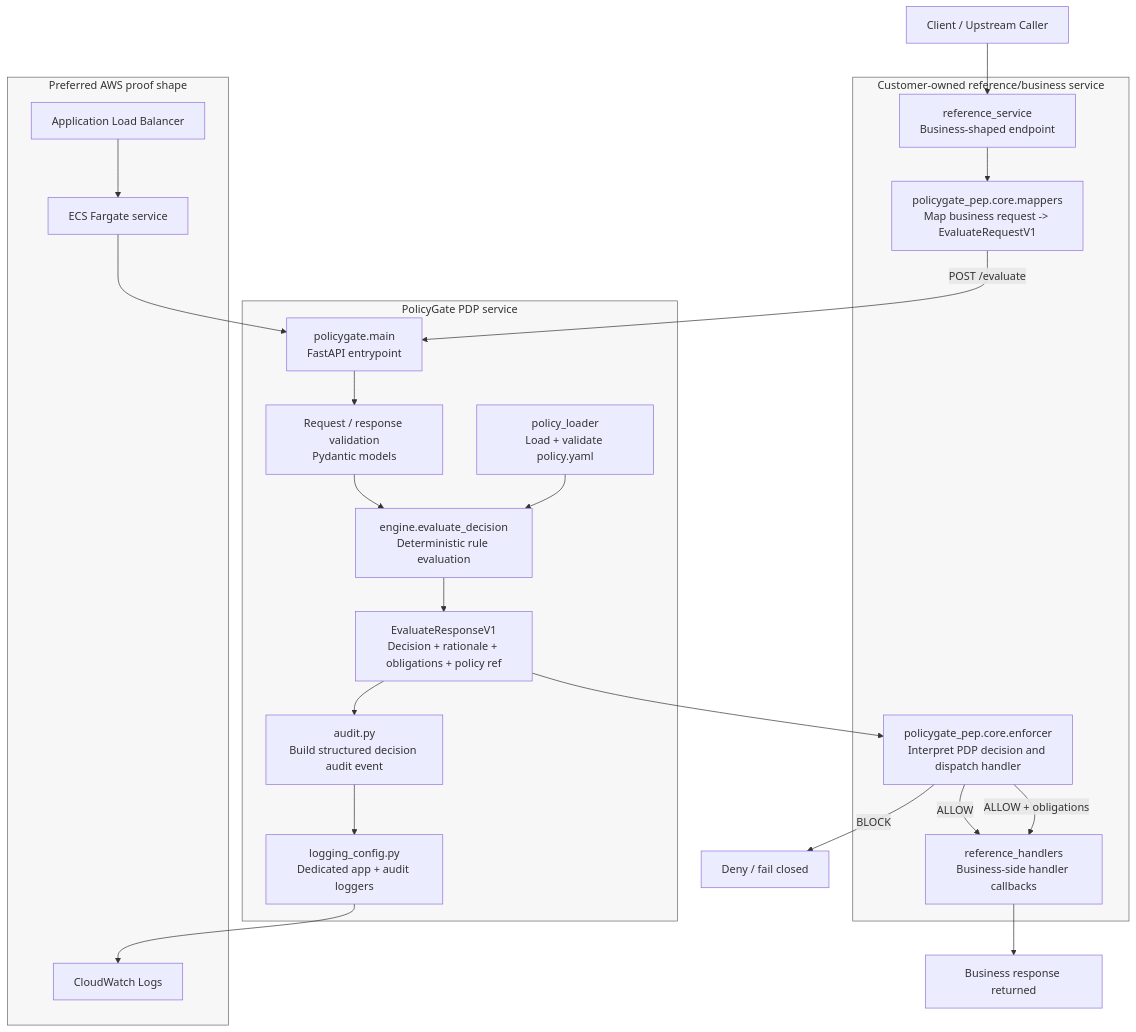
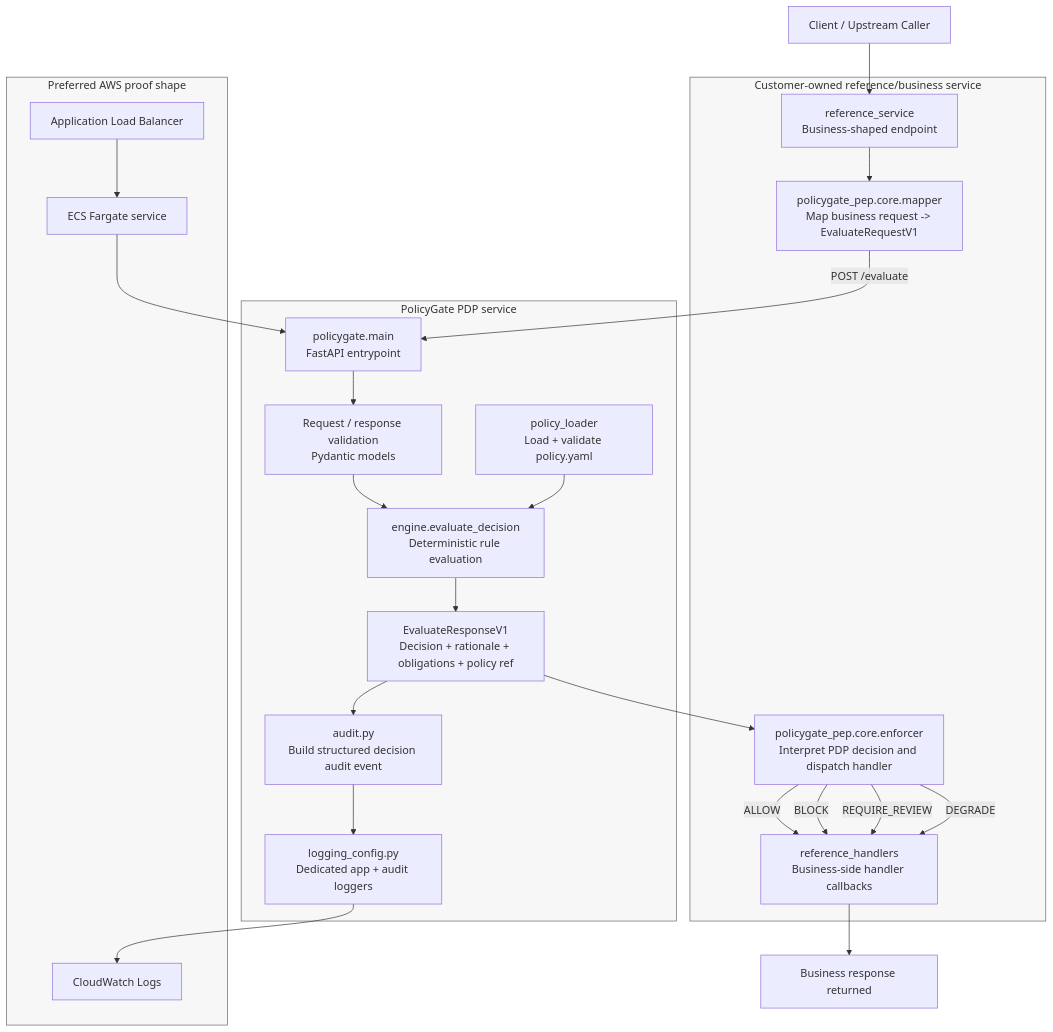
Before and after one commit to keithataylor/policygate-api: the diagram in architecture.md, drawn with Mermaid. The commit also changed other lines of this file and 3 other files, not shown here.

````diff
--- a/architecture.md
+++ b/architecture.md
@@ -3,50 +3,51 @@
 ```mermaid
 flowchart TD
   C[Client / Upstream Caller]
 
   subgraph REF["Customer-owned reference/business service"]
     RS[reference_service<br/>Business-shaped endpoint]
-    MAP[policygate_pep.core.mappers<br/>Map business request -> EvaluateRequestV1]
+    MAP[policygate_pep.core.mapper<br/>Map business request -> EvaluateRequestV1]
     ENF[policygate_pep.core.enforcer<br/>Interpret PDP decision and dispatch handler]
     HND[reference_handlers<br/>Business-side handler callbacks]
   end
 
   subgraph PDP["PolicyGate PDP service"]
     API[policygate.main<br/>FastAPI entrypoint]
     VAL[Request / response validation<br/>Pydantic models]
     POL[policy_loader<br/>Load + validate policy.yaml]
     ENG[engine.evaluate_decision<br/>Deterministic rule evaluation]
     RESP[EvaluateResponseV1<br/>Decision + rationale + obligations + policy ref]
     AUD[audit.py<br/>Build structured decision audit event]
     LOG[logging_config.py<br/>Dedicated app + audit loggers]
   end
 
   subgraph AWS["Preferred AWS proof shape"]
     ALB[Application Load Balancer]
     ECS[ECS Fargate service]
     CW[CloudWatch Logs]
   end
 
   C --> RS
   RS --> MAP
   MAP -->|POST /evaluate| API
   API --> VAL
   VAL --> ENG
   POL --> ENG
   ENG --> RESP
   RESP --> AUD
   AUD --> LOG
   LOG --> CW
 
   RESP --> ENF
   ENF -->|ALLOW| HND
-  ENF -->|BLOCK| DENY[Deny / fail closed]
-  ENF -->|ALLOW + obligations| HND
+  ENF -->|BLOCK| HND
+  ENF -->|REQUIRE_REVIEW| HND
+  ENF -->|DEGRADE| HND
   HND --> OUT[Business response returned]
 
   ALB --> ECS
   ECS --> API
 
   classDef boundary fill:#f7f7f7,stroke:#666,stroke-width:1px;
   class REF,PDP,AWS boundary;
 ```
````
